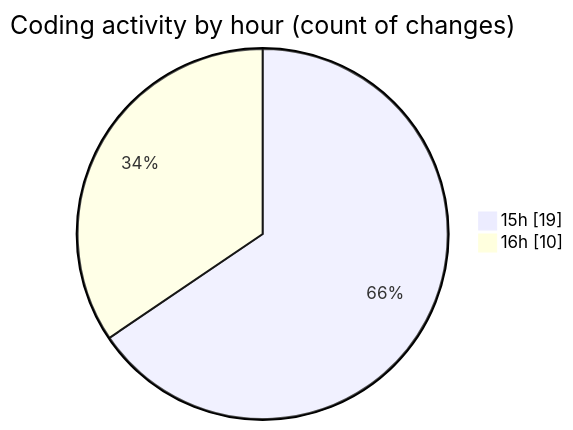
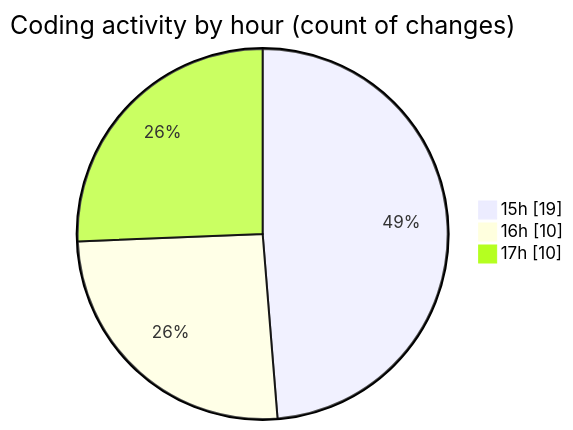
One commit to nxtqubesakshisongat/code-tracking changed the second of 2 diagrams in 2025-10-07/nxtqube_webapp/README.md. Above: the diagram before and after it, drawn with Mermaid. The commit also changed other lines of this file and 1 other file, not shown here.

````diff
--- a/2025-10-07/nxtqube_webapp/README.md
+++ b/2025-10-07/nxtqube_webapp/README.md
@@ -30,6 +30,7 @@
 ```mermaid
 pie showData
 title Coding activity by hour (count of changes)
 "15h" : 19
 "16h" : 10
+"17h" : 10
 ```
````
